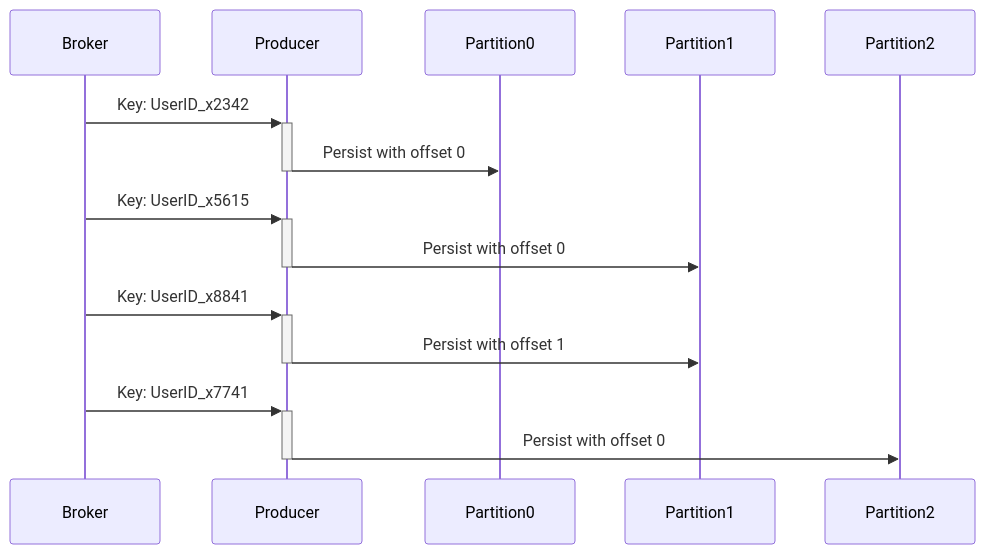
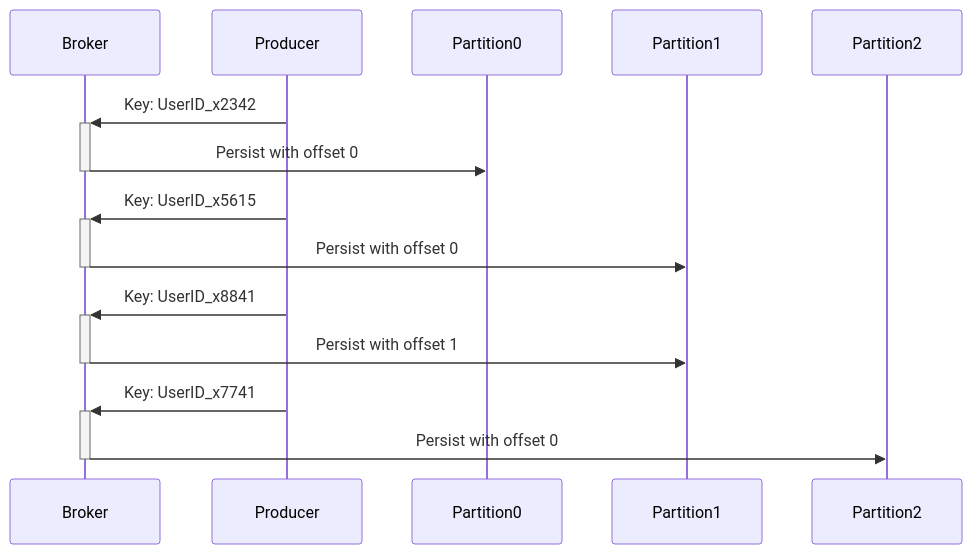
Before and after one commit to joeybrown/kafka: the diagram in diagrams/partition-key.mmd, drawn with Mermaid.

```diff
--- a/diagrams/partition-key.mmd
+++ b/diagrams/partition-key.mmd
@@ -1,15 +1,15 @@
 sequenceDiagram
     participant B as Broker
     participant P as Producer
     participant P0 as Partition0
     participant P1 as Partition1
     participant P2 as Partition2
     
-    B->>+P: Key: UserID_x2342
-    P->>-P0: Persist with offset 0
-    B->>+P: Key: UserID_x5615
-    P->>-P1: Persist with offset 0
-    B->>+P: Key: UserID_x8841
-    P->>-P1: Persist with offset 1
-    B->>+P: Key: UserID_x7741
-    P->>-P2: Persist with offset 0
+    P->>+B: Key: UserID_x2342
+    B->>-P0: Persist with offset 0
+    P->>+B: Key: UserID_x5615
+    B->>-P1: Persist with offset 0
+    P->>+B: Key: UserID_x8841
+    B->>-P1: Persist with offset 1
+    P->>+B: Key: UserID_x7741
+    B->>-P2: Persist with offset 0
```
